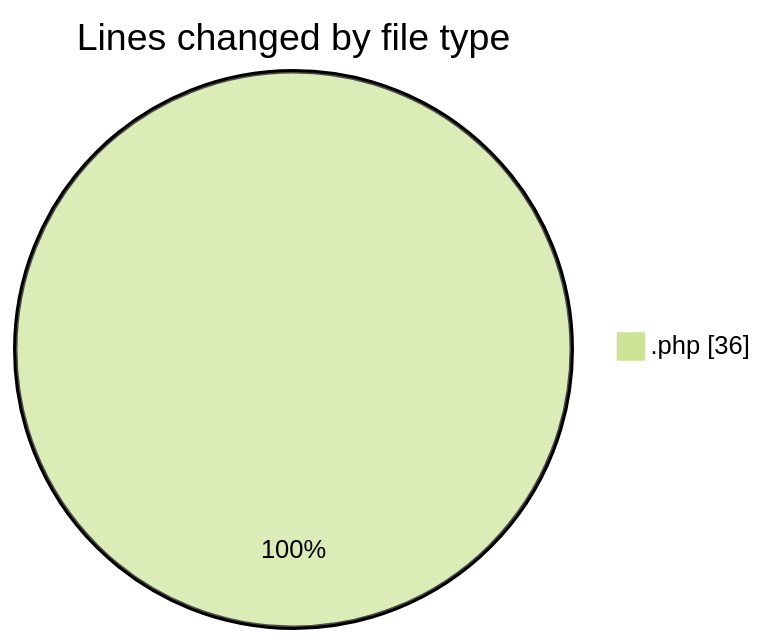
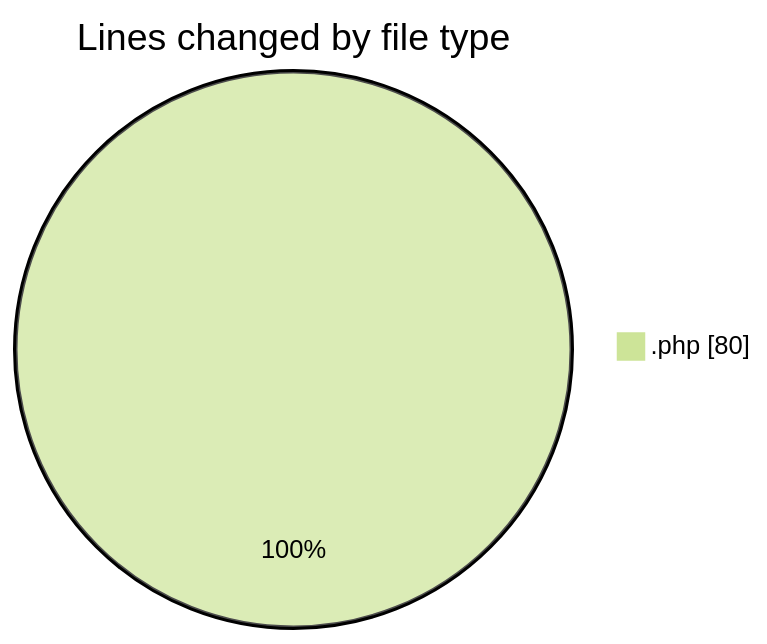
The first of 2 diagrams in 2026-08-28/oficina/README.md (LanceThiago/code-tracking), drawn with Mermaid (forest theme) before and after one commit. The commit also changed other lines of this file and 1 other file, not shown here.

````diff
--- a/2026-08-28/oficina/README.md
+++ b/2026-08-28/oficina/README.md
@@ -20,5 +20,5 @@
 ```mermaid
 pie showData
 title Lines changed by file type
-".php" : 36
+".php" : 80
 ```
````
